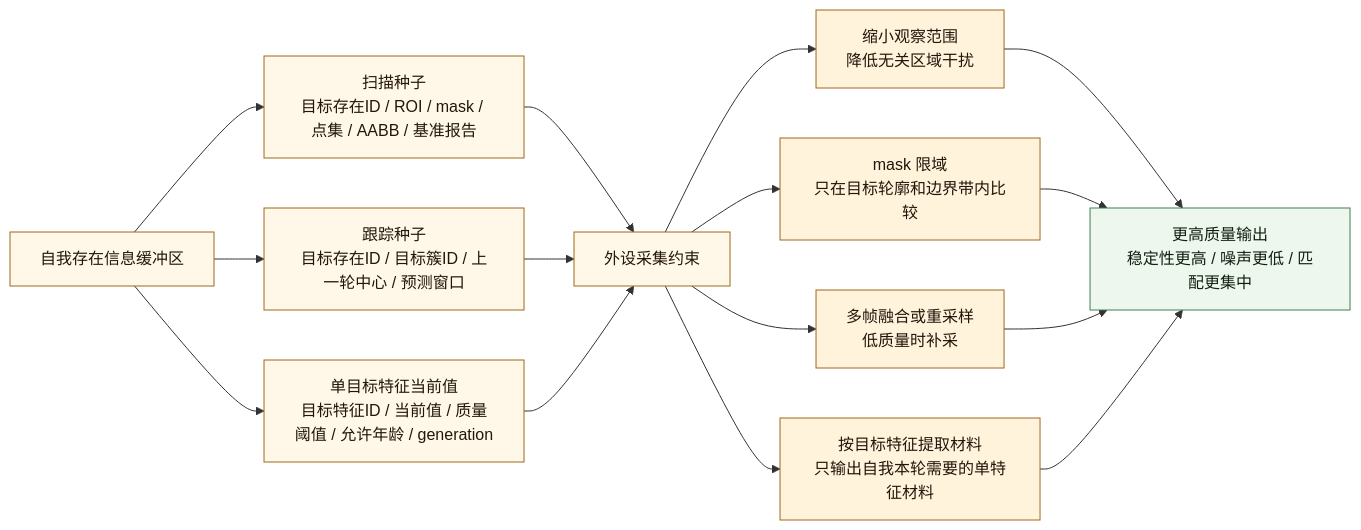
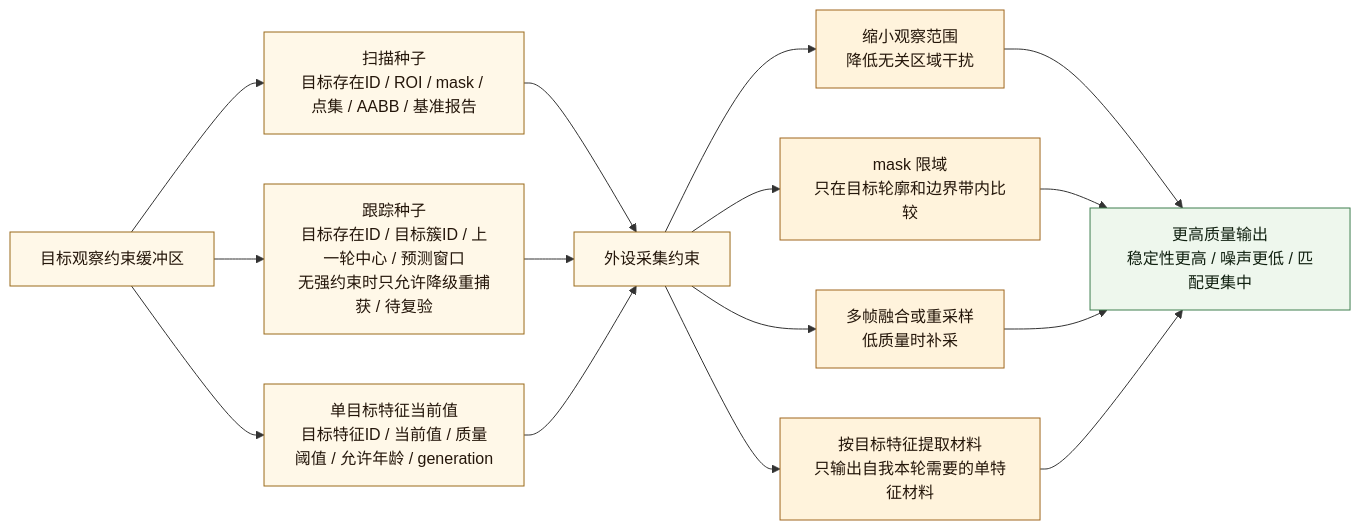
The second of 3 diagrams in 流程图/20260606_D455外设侧工作流程图_v0.2.md (chunhaizh-cyber/Birthplace-of-digital-civilization), drawn with Mermaid before and after one commit. The commit also changed other lines of this file and 67 other files, not shown here.

````diff
--- a/流程图/20260606_D455外设侧工作流程图_v0.2.md
+++ b/流程图/20260606_D455外设侧工作流程图_v0.2.md
@@ -144,29 +144,29 @@
 ```mermaid
 flowchart LR
-    A["自我存在信息缓冲区"]
+    A["目标观察约束缓冲区"]
     B["扫描种子<br/>目标存在ID / ROI / mask / 点集 / AABB / 基准报告"]
-    C["跟踪种子<br/>目标存在ID / 目标簇ID / 上一轮中心 / 预测窗口"]
+    C["跟踪种子<br/>目标存在ID / 目标簇ID / 上一轮中心 / 预测窗口<br/>无强约束时只允许降级重捕获 / 待复验"]
     D["单目标特征当前值<br/>目标特征ID / 当前值 / 质量阈值 / 允许年龄 / generation"]
     E["外设采集约束"]
     F["缩小观察范围<br/>降低无关区域干扰"]
     G["mask 限域<br/>只在目标轮廓和边界带内比较"]
     H["多帧融合或重采样<br/>低质量时补采"]
     I["按目标特征提取材料<br/>只输出自我本轮需要的单特征材料"]
     J["更高质量输出<br/>稳定性更高 / 噪声更低 / 匹配更集中"]
 
     A --> B --> E
     A --> C --> E
     A --> D --> E
     E --> F --> J
     E --> G --> J
     E --> H --> J
     E --> I --> J
 
     classDef buffer fill:#fff8e8,stroke:#9a6a1a,color:#24160a;
     classDef improve fill:#fff3dc,stroke:#a0671e,color:#24160a;
     classDef output fill:#eef7ed,stroke:#3f7f4f,color:#102010;
 
     class A,B,C,D,E buffer;
     class F,G,H,I improve;
     class J output;
 ```
````
